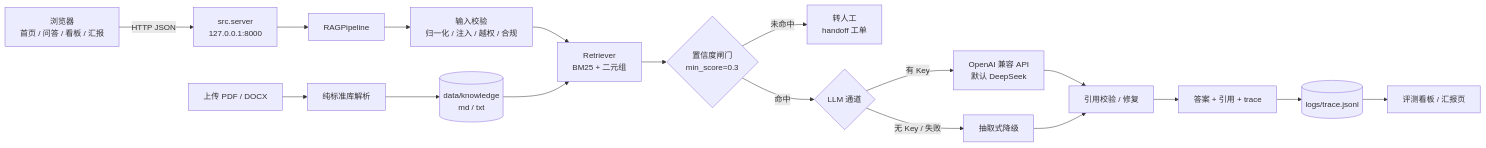
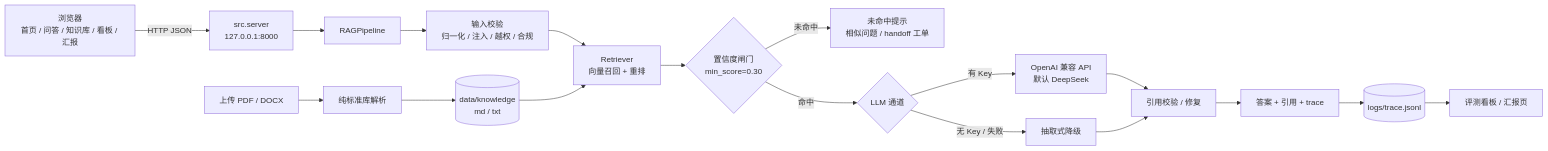
The first of 2 diagrams in docs/ARCHITECTURE.md (dongshu710/doc-qa-assistant), drawn with Mermaid before and after one commit. The commit also changed other lines of this file and 28 other files, not shown here.

````diff
--- a/docs/ARCHITECTURE.md
+++ b/docs/ARCHITECTURE.md
@@ -21,19 +21,19 @@
 ```mermaid
 flowchart LR
-  B[浏览器<br/>首页 / 问答 / 看板 / 汇报] -->|HTTP JSON| S[src.server<br/>127.0.0.1:8000]
+  B[浏览器<br/>首页 / 问答 / 知识库 / 看板 / 汇报] -->|HTTP JSON| S[src.server<br/>127.0.0.1:8000]
   S --> P[RAGPipeline]
   P --> G[输入校验<br/>归一化 / 注入 / 越权 / 合规]
-  G --> R[Retriever<br/>BM25 + 二元组]
-  R --> Q{置信度闸门<br/>min_score=0.3}
-  Q -->|未命中| H[转人工<br/>handoff 工单]
+  G --> R[Retriever<br/>向量召回 + 重排]
+  R --> Q{置信度闸门<br/>min_score=0.30}
+  Q -->|未命中| H[未命中提示<br/>相似问题 / handoff 工单]
   Q -->|命中| L{LLM 通道}
   L -->|有 Key| M[OpenAI 兼容 API<br/>默认 DeepSeek]
   L -->|无 Key / 失败| E[抽取式降级]
   M --> C[引用校验 / 修复]
   E --> C
   C --> O[答案 + 引用 + trace]
   O --> T[(logs/trace.jsonl)]
   T --> D[评测看板 / 汇报页]
   K[(data/knowledge<br/>md / txt)] --> R
   U[上传 PDF / DOCX] --> X[纯标准库解析] --> K
 ```
````
